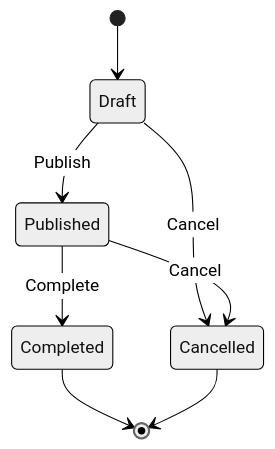
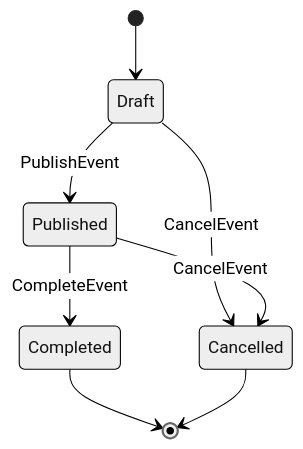
Before and after one commit to devrandom-labs/nexus: the diagram in docs/events.org, drawn with Mermaid (neutral theme). The commit also changed other lines of this file, not shown here.

Commit message:
docs(event): updated the diagram with commands

```diff
--- a/docs/events.org
+++ b/docs/events.org
@@ -5,10 +6,10 @@
 #+begin_src mermaid
 stateDiagram-v2
     [*] --> Draft
-    Draft --> Published : Publish
-    Draft --> Cancelled : Cancel
-    Published --> Cancelled : Cancel
-    Published --> Completed : Complete
+    Draft --> Published : PublishEvent
+    Draft --> Cancelled : CancelEvent
+    Published --> Cancelled : CancelEvent
+    Published --> Completed : CompleteEvent
     Completed --> [*]
     Cancelled --> [*]
 #+end_src
```
